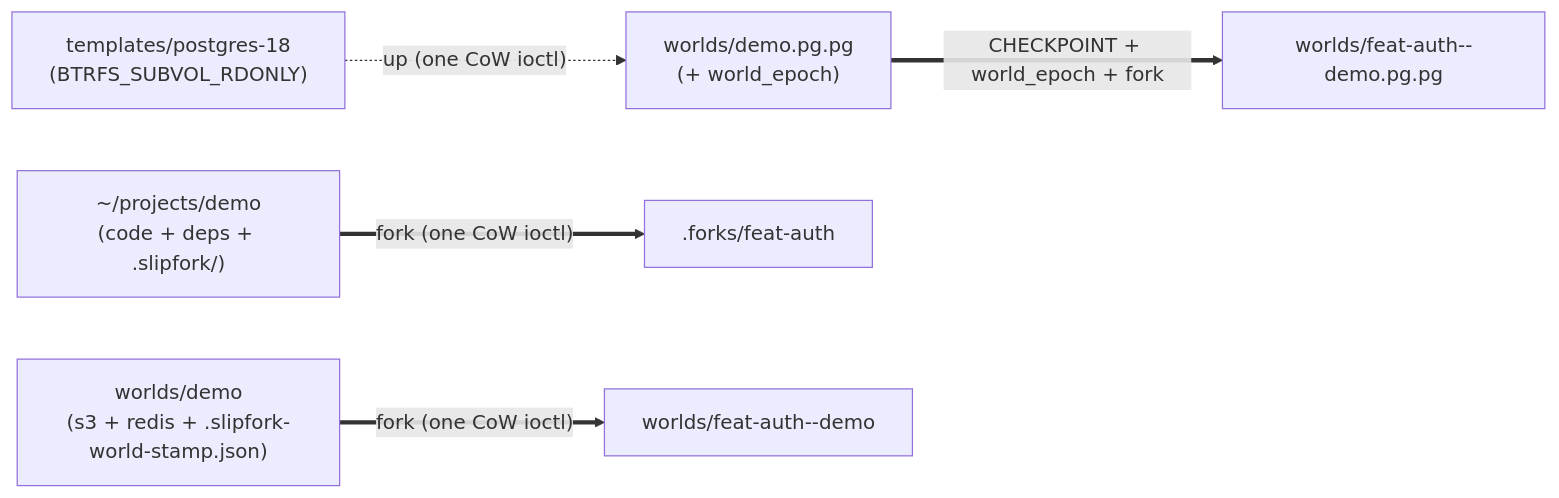
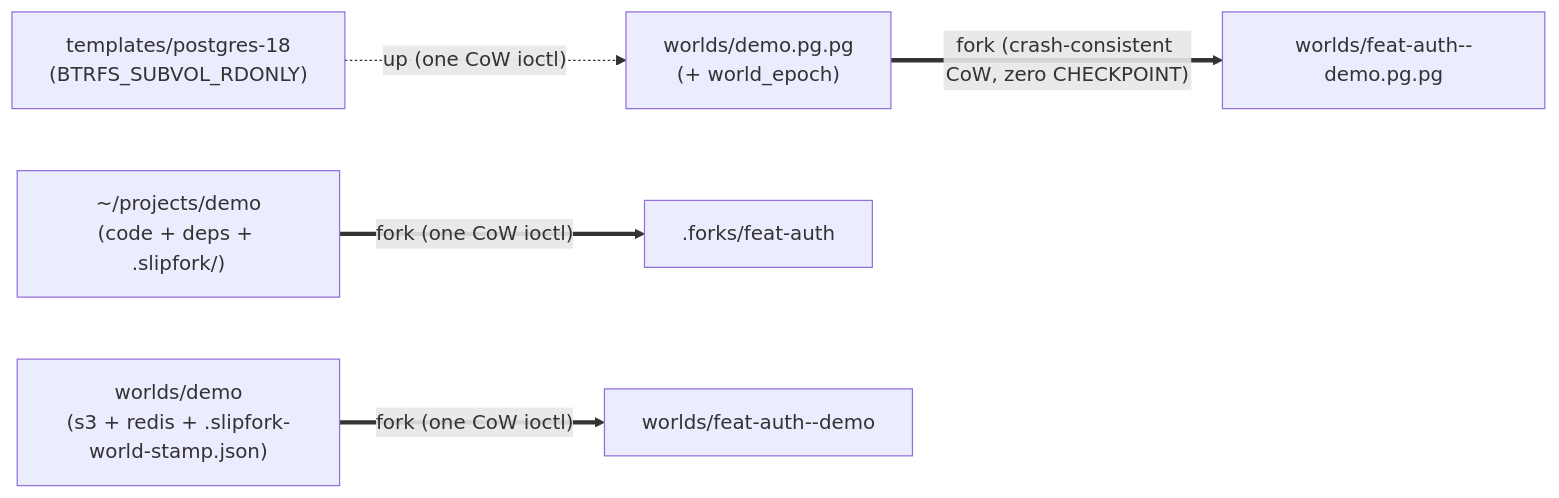
Before and after one commit to OffworldNexus/slipfork: the first of 3 diagrams in specs/03-under-the-hood.md, drawn with Mermaid. The commit also changed other lines of this file and 12 other files, not shown here.

````diff
--- a/specs/03-under-the-hood.md
+++ b/specs/03-under-the-hood.md
@@ -37,7 +39,7 @@
 ```mermaid
 flowchart LR
   Tpl["templates/postgres-18\n(BTRFS_SUBVOL_RDONLY)"] -.->|"up (one CoW ioctl)"| Pg["worlds/demo.pg.pg\n(+ world_epoch)"]
   Proj["~/projects/demo\n(code + deps + .slipfork/)"] ==>|"fork (one CoW ioctl)"| FProj[".forks/feat-auth"]
   World["worlds/demo\n(s3 + redis + .slipfork-world-stamp.json)"] ==>|"fork (one CoW ioctl)"| FWorld["worlds/feat-auth--demo"]
-  Pg ==>|"CHECKPOINT + world_epoch + fork"| FPg["worlds/feat-auth--demo.pg.pg"]
+  Pg ==>|"fork (crash-consistent CoW, zero CHECKPOINT)"| FPg["worlds/feat-auth--demo.pg.pg"]
 ```
````
